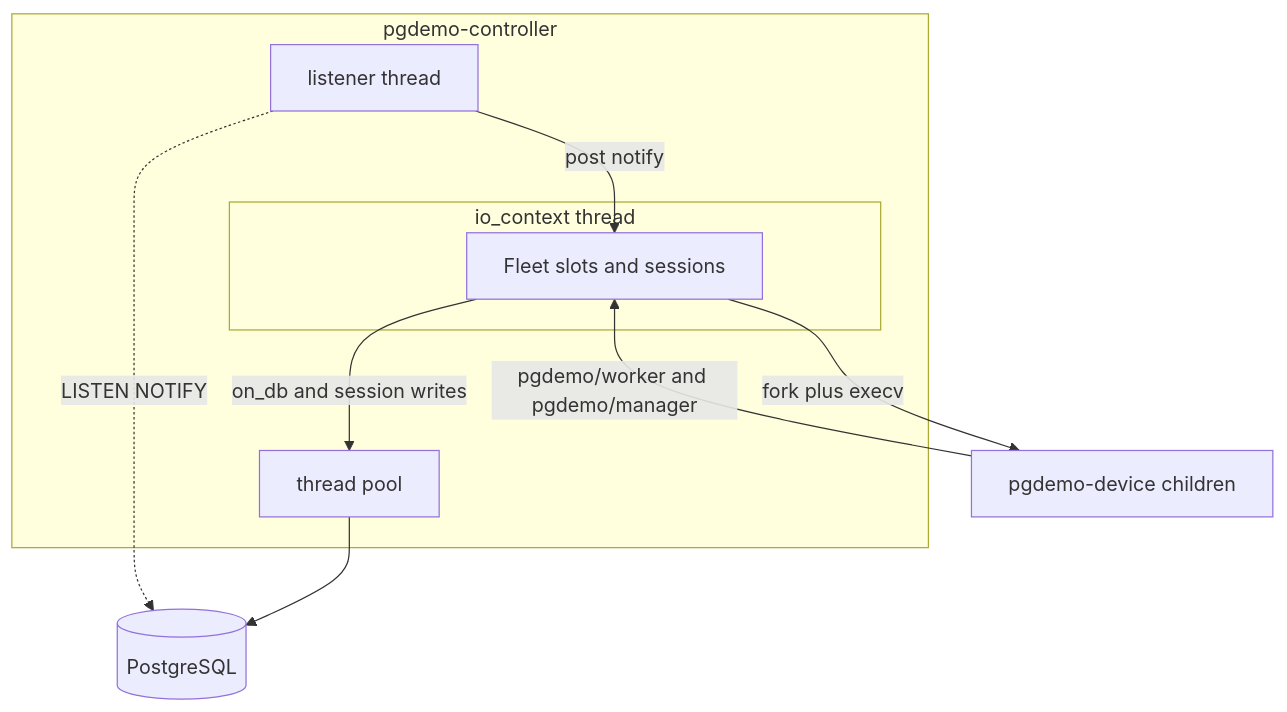
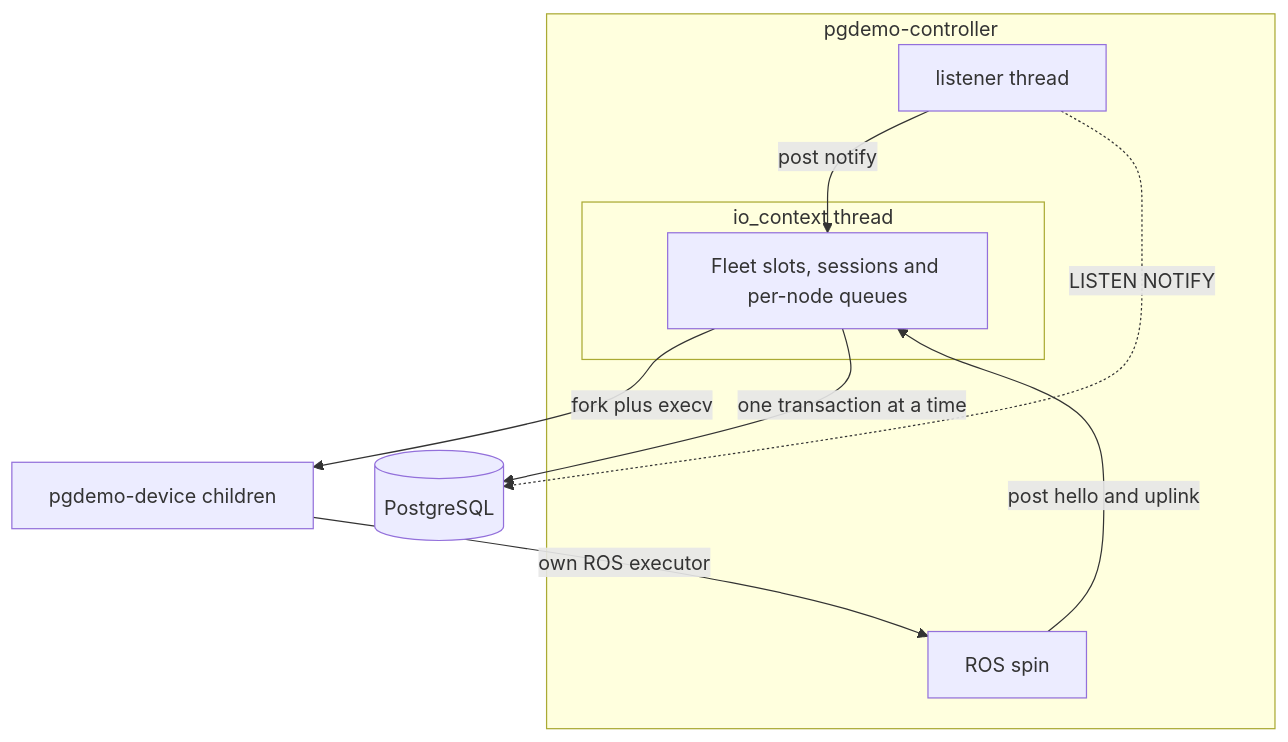
Before and after one commit to jgmatu/postgresql: the first of 2 diagrams in controller/README.md, drawn with Mermaid. The commit also changed other lines of this file and 6 other files, not shown here.

First line of the commit message:
Drop the controller Asio pool and keep one sample queue per device node.

````diff
--- a/controller/README.md
+++ b/controller/README.md
@@ -25,19 +25,19 @@
 ```mermaid
 flowchart TB
     subgraph ctl [pgdemo-controller]
         listener[listener thread]
+        ros[ROS spin]
         subgraph ioThread [io_context thread]
-            fleet[Fleet slots and sessions]
+            fleet[Fleet slots, sessions and per-node queues]
         end
-        pool[thread pool]
     end
     pg[(PostgreSQL)]
     devices[pgdemo-device children]
 
     listener -->|post notify| fleet
-    fleet -->|on_db and session writes| pool
-    pool --> pg
+    ros -->|post hello and uplink| fleet
+    fleet -->|one transaction at a time| pg
     listener -.->|LISTEN NOTIFY| pg
     fleet -->|fork plus execv| devices
-    devices -->|pgdemo/worker and pgdemo/manager| fleet
+    devices -->|own ROS executor| ros
 ```
````
